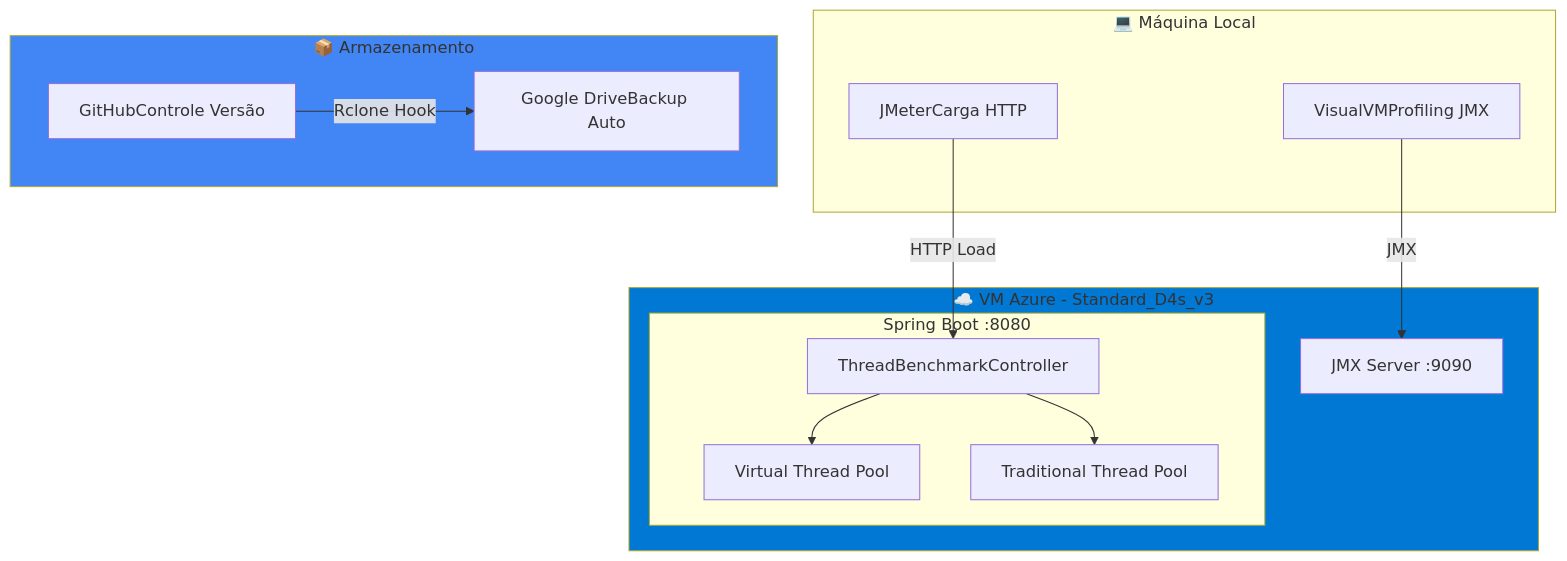
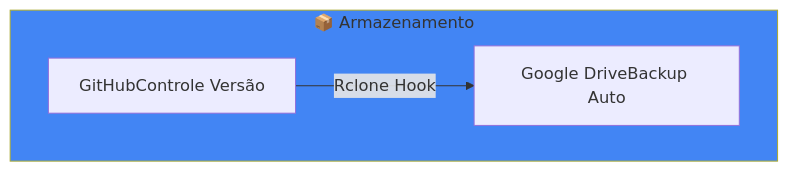
Before and after one commit to StephanyeCunto/TCC_Java_Thread_Benchmark: the first of 2 diagrams in README.md, drawn with Mermaid. The commit also changed other lines of this file and 27 other files, not shown here.

````diff
--- a/README.md
+++ b/README.md
@@ -108,32 +119,12 @@
 ```mermaid
 flowchart TB
-    subgraph LOCAL["💻 Máquina Local"]
-        JM[JMeterCarga HTTP]
-        VM[VisualVMProfiling JMX]
-    end
-
-    subgraph AZURE["☁️ VM Azure - Standard_D4s_v3"]
-        subgraph APP["Spring Boot :8080"]
-            CTR[ThreadBenchmarkController]
-            VT[Virtual Thread Pool]
-            TT[Traditional Thread Pool]
-        end
-        JMX[JMX Server :9090]
-
-    end
 
     subgraph STORAGE["📦 Armazenamento"]
         DRIVE[Google DriveBackup Auto]
         GIT[GitHubControle Versão]
     end
-
-    JM -->|HTTP Load| CTR
-    VM -->|JMX| JMX
-    CTR --> VT
-    CTR --> TT
     
     GIT -->|Rclone Hook| DRIVE
 
-    style AZURE fill:#0078D4
     style STORAGE fill:#4285F4
 ```
````
